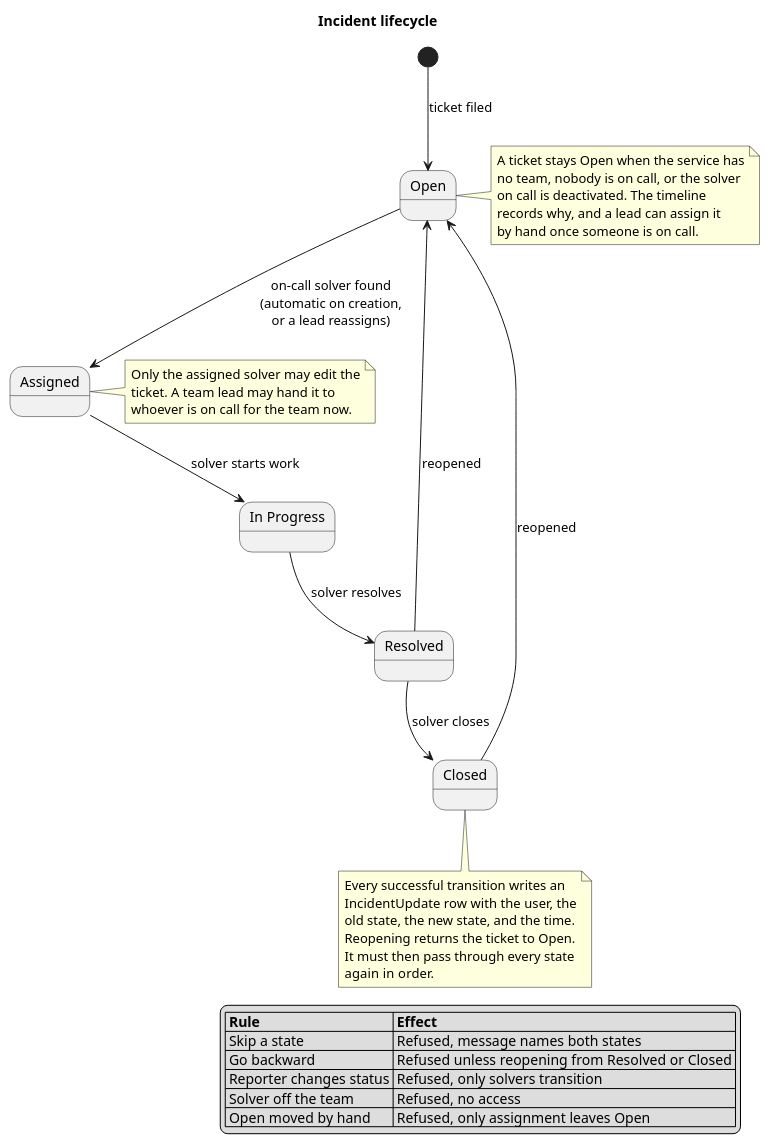
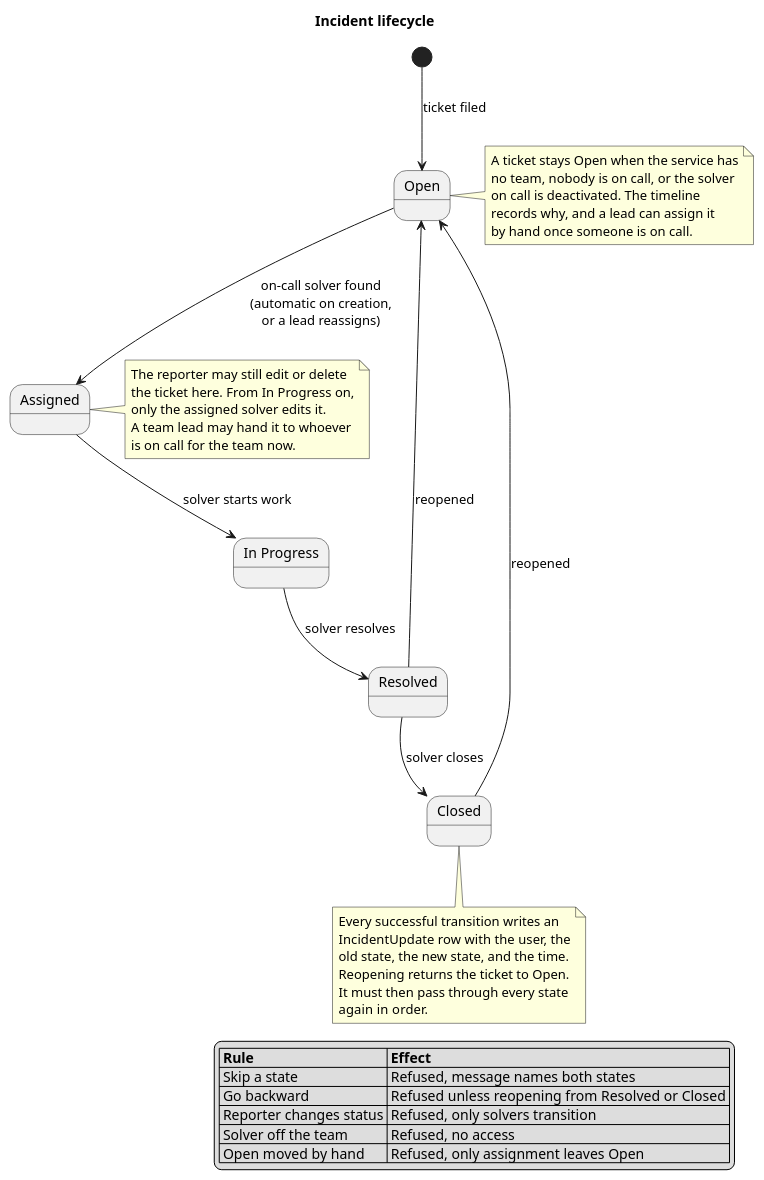
Before and after one commit to ZiedRbd/COSC-3339-Fall-2026-Term-Project: the diagram in docs/incident-state-machine.puml, drawn with PlantUML. The commit also changed 5 other files, not shown here.

Commit message:
Reporters keep Edit and Delete on their own ticket until a solver starts work on it

```diff
--- a/docs/incident-state-machine.puml
+++ b/docs/incident-state-machine.puml
@@ -1,46 +1,48 @@
 @startuml
 title Incident lifecycle
 
 [*] --> Open : ticket filed
 
 state "In Progress" as InProgress
 
 Open --> Assigned : on-call solver found\n(automatic on creation,\nor a lead reassigns)
 Assigned --> InProgress : solver starts work
 InProgress --> Resolved : solver resolves
 Resolved --> Closed : solver closes
 Resolved --> Open : reopened
 Closed --> Open : reopened
 
 note right of Open
   A ticket stays Open when the service has
   no team, nobody is on call, or the solver
   on call is deactivated. The timeline
   records why, and a lead can assign it
   by hand once someone is on call.
 end note
 
 note right of Assigned
-  Only the assigned solver may edit the
-  ticket. A team lead may hand it to
-  whoever is on call for the team now.
+  The reporter may still edit or delete
+  the ticket here. From In Progress on,
+  only the assigned solver edits it.
+  A team lead may hand it to whoever
+  is on call for the team now.
 end note
 
 note bottom of Closed
   Every successful transition writes an
   IncidentUpdate row with the user, the
   old state, the new state, and the time.
   Reopening returns the ticket to Open.
   It must then pass through every state
   again in order.
 end note
 
 legend right
   |= Rule |= Effect |
   | Skip a state | Refused, message names both states |
   | Go backward | Refused unless reopening from Resolved or Closed |
   | Reporter changes status | Refused, only solvers transition |
   | Solver off the team | Refused, no access |
   | Open moved by hand | Refused, only assignment leaves Open |
 endlegend
 @enduml
```
